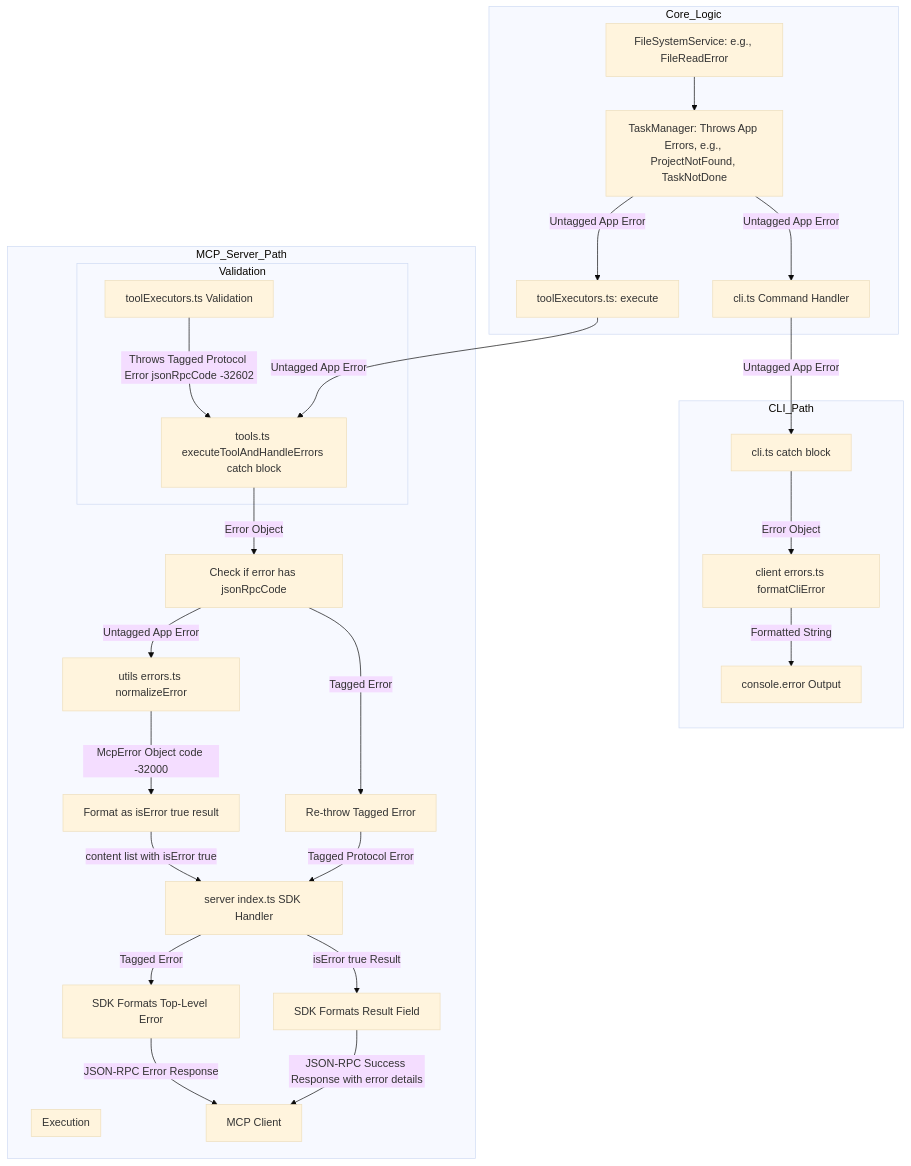
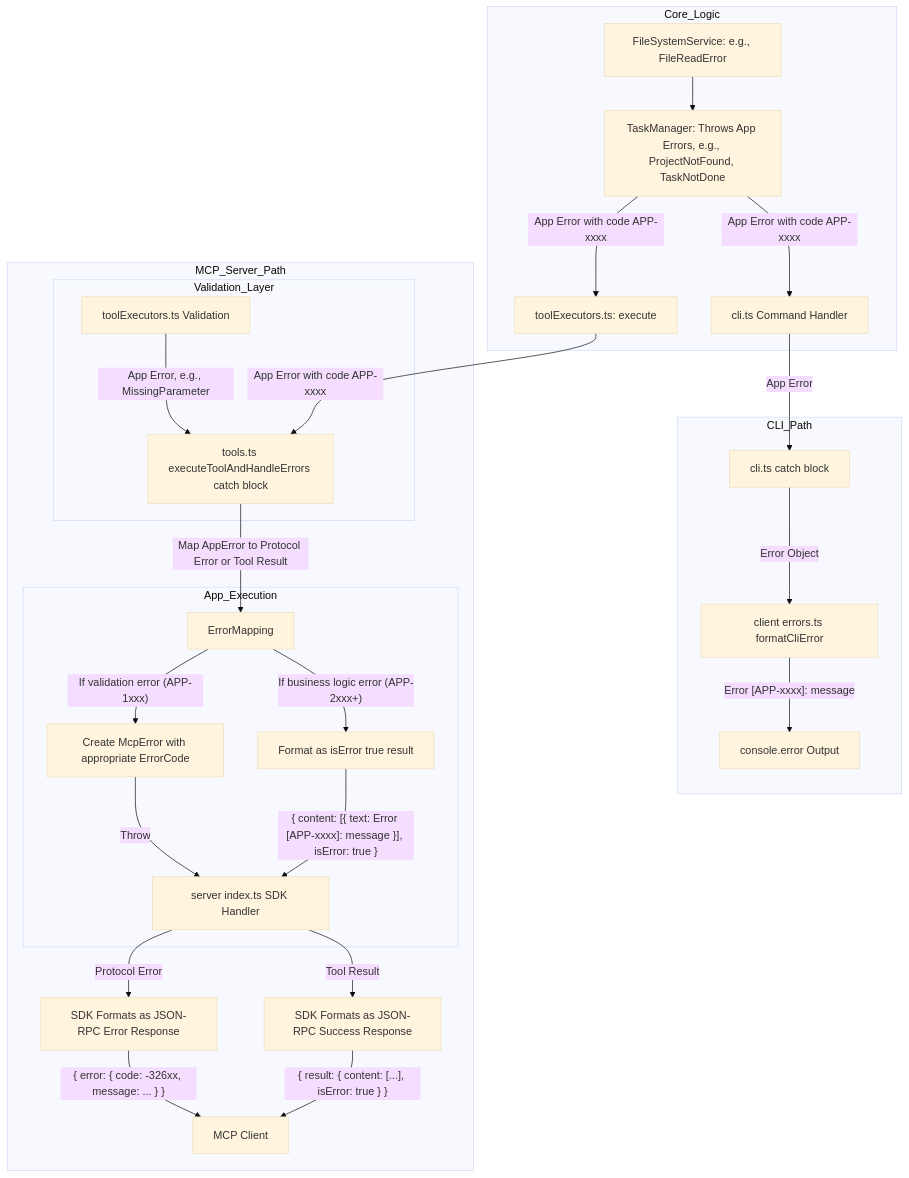
The diagram in .cursor/rules/errors.mdc (Ali0Siddique/taskqueue-mcp), drawn with Mermaid (base theme) before and after one commit. The commit also changed other lines of this file and 17 other files, not shown here.

````diff
--- a/.cursor/rules/errors.mdc
+++ b/.cursor/rules/errors.mdc
@@ -8,37 +8,36 @@
 ```mermaid
 graph TD
     subgraph Core_Logic
         FS[FileSystemService: e.g., FileReadError] --> TM[TaskManager: Throws App Errors, e.g., ProjectNotFound, TaskNotDone]
-        TM -->|Untagged App Error| CLI_Handler["cli.ts Command Handler"]
-        TM -->|Untagged App Error| ToolExec["toolExecutors.ts: execute"]
+        TM -->|App Error with code APP-xxxx| CLI_Handler["cli.ts Command Handler"]
+        TM -->|App Error with code APP-xxxx| ToolExec["toolExecutors.ts: execute"]
     end
 
     subgraph CLI_Path
-        CLI_Handler -->|Untagged App Error| CLI_Catch["cli.ts catch block"]
+        CLI_Handler -->|App Error| CLI_Catch["cli.ts catch block"]
         CLI_Catch -->|Error Object| FormatCLI["client errors.ts formatCliError"]
-        FormatCLI -->|Formatted String| ConsoleOut["console.error Output"]
+        FormatCLI -->|"Error [APP-xxxx]: message"| ConsoleOut["console.error Output"]
     end
 
     subgraph MCP_Server_Path
-        subgraph Validation
-            ToolExecVal["toolExecutors.ts Validation"] -->|Throws Tagged Protocol Error jsonRpcCode -32602| ExecToolErrHandler
+        subgraph Validation_Layer
+            ToolExecVal["toolExecutors.ts Validation"] -->|App Error, e.g., MissingParameter| ExecToolErrHandler
         end
         
-        subgraph Execution
-             ToolExec -->|Untagged App Error| ExecToolErrHandler["tools.ts executeToolAndHandleErrors catch block"]
+        subgraph App_Execution
+            ToolExec -->|App Error with code APP-xxxx| ExecToolErrHandler["tools.ts executeToolAndHandleErrors catch block"]
+            ExecToolErrHandler -->|Map AppError to Protocol Error or Tool Result| ErrorMapping
+            ErrorMapping -->|"If validation error (APP-1xxx)"| McpError["Create McpError with appropriate ErrorCode"]
+            ErrorMapping -->|"If business logic error (APP-2xxx+)"| FormatResult["Format as isError true result"]
+
+            McpError -->|Throw| SDKHandler["server index.ts SDK Handler"]
+            FormatResult -->|"{ content: [{ text: Error [APP-xxxx]: message }], isError: true }"| SDKHandler
         end
 
-        ExecToolErrHandler -->|Error Object| CheckTag["Check if error has jsonRpcCode"]
-        CheckTag -- Tagged Error --> ReThrow["Re-throw Tagged Error"]
-        CheckTag -- Untagged App Error --> NormalizeErr["utils errors.ts normalizeError"]
-        NormalizeErr -->|McpError Object code -32000| FormatResult["Format as isError true result"]
-        FormatResult -->|content list with isError true| SDKHandler["server index.ts SDK Handler"]
+        SDKHandler -- Protocol Error --> SDKFormatError["SDK Formats as JSON-RPC Error Response"]
+        SDKHandler -- Tool Result --> SDKFormatResult["SDK Formats as JSON-RPC Success Response"]
 
-        ReThrow -->|Tagged Protocol Error| SDKHandler
-        SDKHandler -- Tagged Error --> SDKFormatError["SDK Formats Top-Level Error"]
-        SDKHandler -- isError true Result --> SDKFormatResult["SDK Formats Result Field"]
-
-        SDKFormatError -->|JSON-RPC Error Response| MCPClient["MCP Client"]
-        SDKFormatResult -->|JSON-RPC Success Response with error details| MCPClient
+        SDKFormatError -->|"{ error: { code: -326xx, message: ... } }"| MCPClient["MCP Client"]
+        SDKFormatResult -->|"{ result: { content: [...], isError: true } }"| MCPClient
     end
 ```
````
